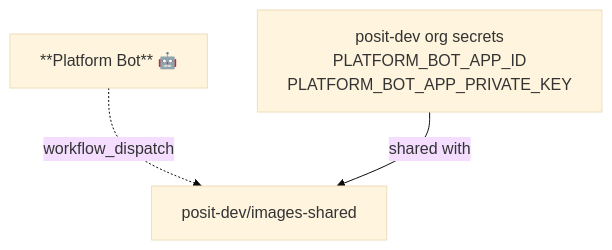
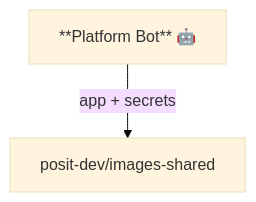
One commit to posit-dev/images-shared changed the fifth of 5 diagrams in pulumi/github/github-apps/README.md. Above: the diagram before and after it, drawn with Mermaid (base theme). The commit also changed other lines of this file, not shown here.

First line of the commit message:
Simplify bot diagrams to two line types

````diff
--- a/pulumi/github/github-apps/README.md
+++ b/pulumi/github/github-apps/README.md
@@ -79,10 +87,6 @@
 ```mermaid
 graph TD
     BOT["**Platform Bot** 🤖"]
 
-    BOT -.->|"workflow_dispatch"| IS["posit-dev/images-shared"]
-
-    SECRET["posit-dev org secrets<br/>PLATFORM_BOT_APP_ID<br/>PLATFORM_BOT_APP_PRIVATE_KEY"]
-
-    SECRET -->|shared with| IS
+    BOT -->|app + secrets| IS["posit-dev/images-shared"]
 ```
````
